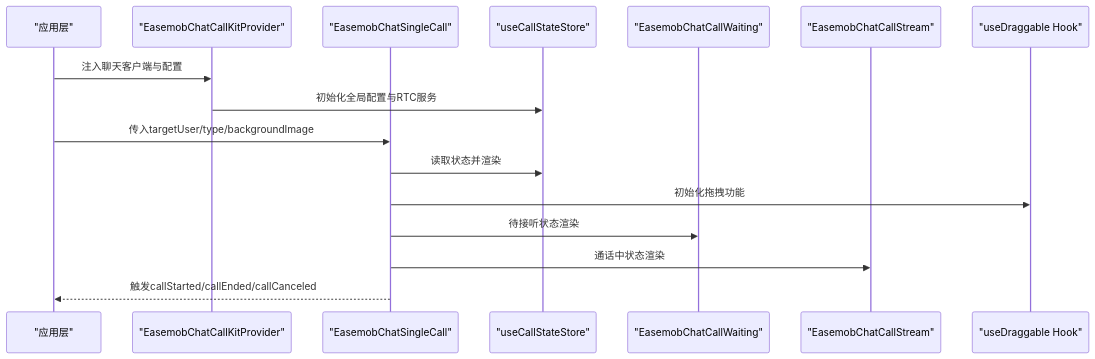
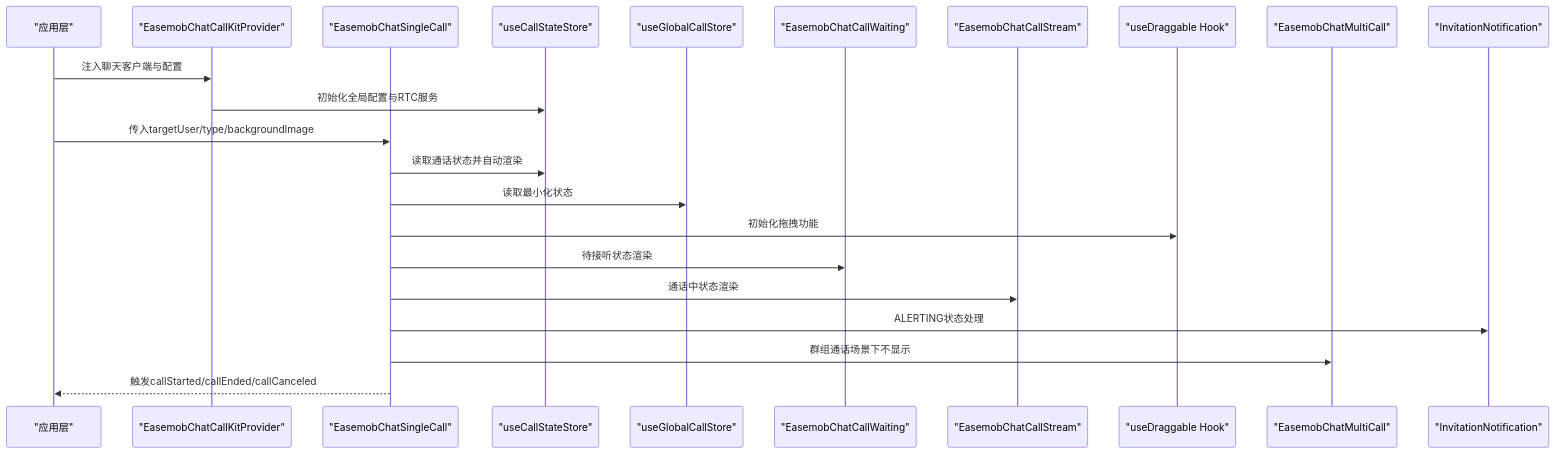
One commit to Easemob-Community/easemob-uikit-callkit-vue3 changed the second of 9 diagrams in .qoder/repowiki/zh/content/核心组件/单人通话组件/主组件 EasemobChatSingleCall.md. Above: the diagram before and after it, drawn with Mermaid. The commit also changed other lines of this file and 40 other files, not shown here.

````diff
--- a/.qoder/repowiki/zh/content/核心组件/单人通话组件/主组件 EasemobChatSingleCall.md
+++ b/.qoder/repowiki/zh/content/核心组件/单人通话组件/主组件 EasemobChatSingleCall.md
@@ -106,18 +132,24 @@
 ```mermaid
 sequenceDiagram
 participant App as "应用层"
 participant Provider as "EasemobChatCallKitProvider"
 participant Single as "EasemobChatSingleCall"
-participant Store as "useCallStateStore"
+participant CallStore as "useCallStateStore"
+participant GlobalStore as "useGlobalCallStore"
 participant Waiting as "EasemobChatCallWaiting"
 participant Stream as "EasemobChatCallStream"
 participant Draggable as "useDraggable Hook"
+participant MultiCall as "EasemobChatMultiCall"
+participant Invitation as "InvitationNotification"
 App->>Provider : 注入聊天客户端与配置
-Provider->>Store : 初始化全局配置与RTC服务
+Provider->>CallStore : 初始化全局配置与RTC服务
 App->>Single : 传入targetUser/type/backgroundImage
-Single->>Store : 读取状态并渲染
+Single->>CallStore : 读取通话状态并自动渲染
+Single->>GlobalStore : 读取最小化状态
 Single->>Draggable : 初始化拖拽功能
 Single->>Waiting : 待接听状态渲染
 Single->>Stream : 通话中状态渲染
+Single->>Invitation : ALERTING状态处理
+Single->>MultiCall : 群组通话场景下不显示
 Single-->>App : 触发callStarted/callEnded/callCanceled
 ```
````
